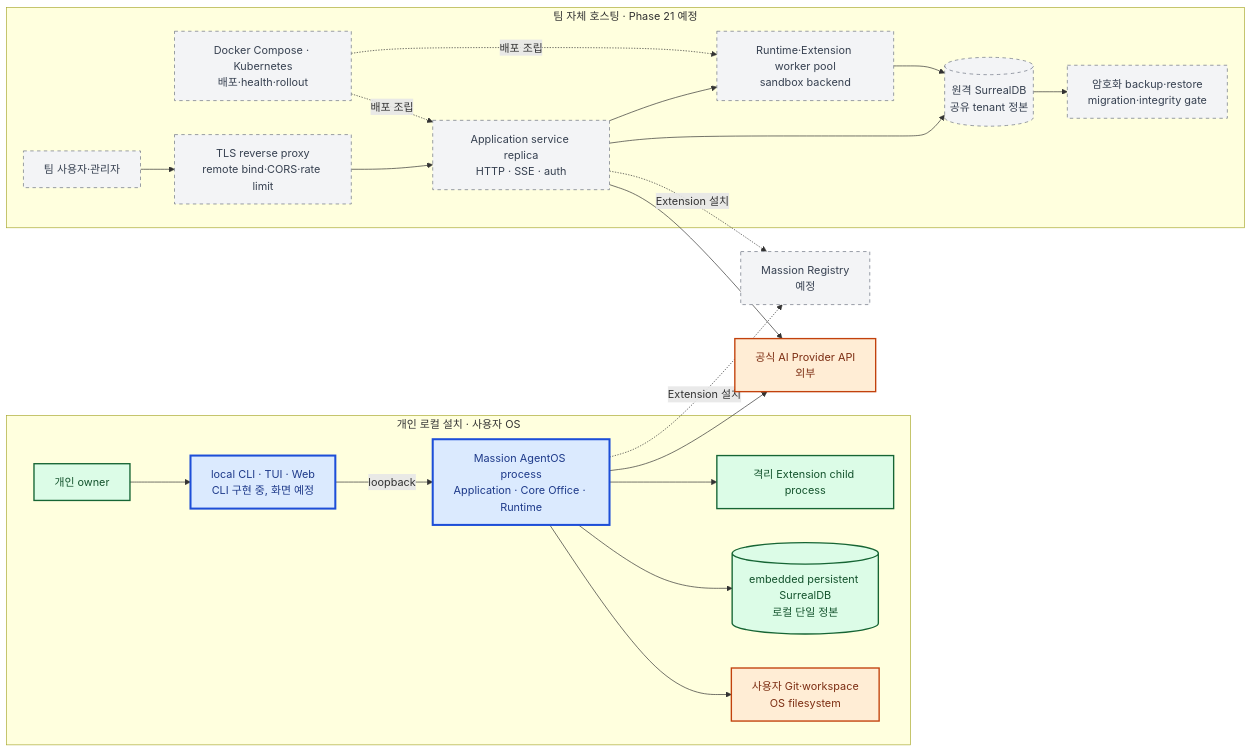
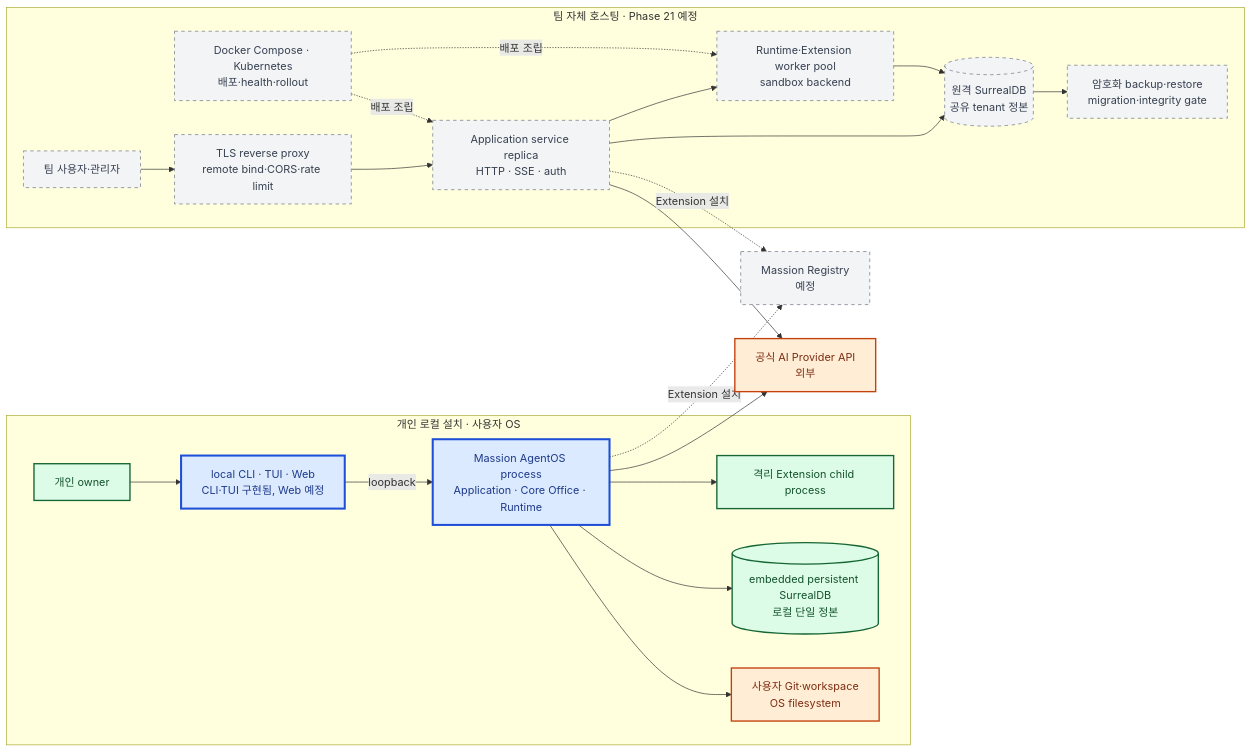
The tenth of 10 diagrams in docs/architecture/README.md (jabdori/massion), drawn with Mermaid before and after one commit. The commit also changed other lines of this file, not shown here.

````diff
--- a/docs/architecture/README.md
+++ b/docs/architecture/README.md
@@ -578,48 +579,48 @@
 ```mermaid
 flowchart LR
   classDef implemented fill:#dcfce7,stroke:#166534,color:#14532d,stroke-width:2px;
   classDef implementing fill:#dbeafe,stroke:#1d4ed8,color:#1e3a8a,stroke-width:3px;
   classDef planned fill:#f3f4f6,stroke:#6b7280,color:#374151,stroke-width:1px,stroke-dasharray:5 5;
   classDef external fill:#ffedd5,stroke:#c2410c,color:#7c2d12,stroke-width:2px;
 
   subgraph Local["개인 로컬 설치 · 사용자 OS"]
     LocalUser["개인 owner"]:::implemented
-    LocalSurface["local CLI · TUI · Web<br/>CLI 구현 중, 화면 예정"]:::implementing
+    LocalSurface["local CLI · TUI · Web<br/>CLI·TUI 구현됨, Web 예정"]:::implementing
     LocalCore["Massion AgentOS process<br/>Application · Core Office · Runtime"]:::implementing
     LocalWorkers["격리 Extension child process"]:::implemented
     LocalDB[("embedded persistent SurrealDB<br/>로컬 단일 정본")]:::implemented
     LocalFiles["사용자 Git·workspace<br/>OS filesystem"]:::external
 
     LocalUser --> LocalSurface
     LocalSurface -->|loopback| LocalCore
     LocalCore --> LocalDB
     LocalCore --> LocalWorkers
     LocalCore --> LocalFiles
   end
 
   subgraph Team["팀 자체 호스팅 · Phase 21 예정"]
     TeamUsers["팀 사용자·관리자"]:::planned
     Proxy["TLS reverse proxy<br/>remote bind·CORS·rate limit"]:::planned
     Apps["Application service replica<br/>HTTP · SSE · auth"]:::planned
     RuntimePool["Runtime·Extension worker pool<br/>sandbox backend"]:::planned
     SharedDB[("원격 SurrealDB<br/>공유 tenant 정본")]:::planned
     Backup["암호화 backup·restore<br/>migration·integrity gate"]:::planned
     K8s["Docker Compose · Kubernetes<br/>배포·health·rollout"]:::planned
 
     TeamUsers --> Proxy
     Proxy --> Apps
     Apps --> RuntimePool
     Apps --> SharedDB
     RuntimePool --> SharedDB
     SharedDB --> Backup
     K8s -. "배포 조립" .-> Apps
     K8s -. "배포 조립" .-> RuntimePool
   end
 
   Registry["Massion Registry<br/>예정"]:::planned
   Providers["공식 AI Provider API<br/>외부"]:::external
   LocalCore --> Providers
   Apps --> Providers
   LocalCore -. "Extension 설치" .-> Registry
   Apps -. "Extension 설치" .-> Registry
 ```
````
